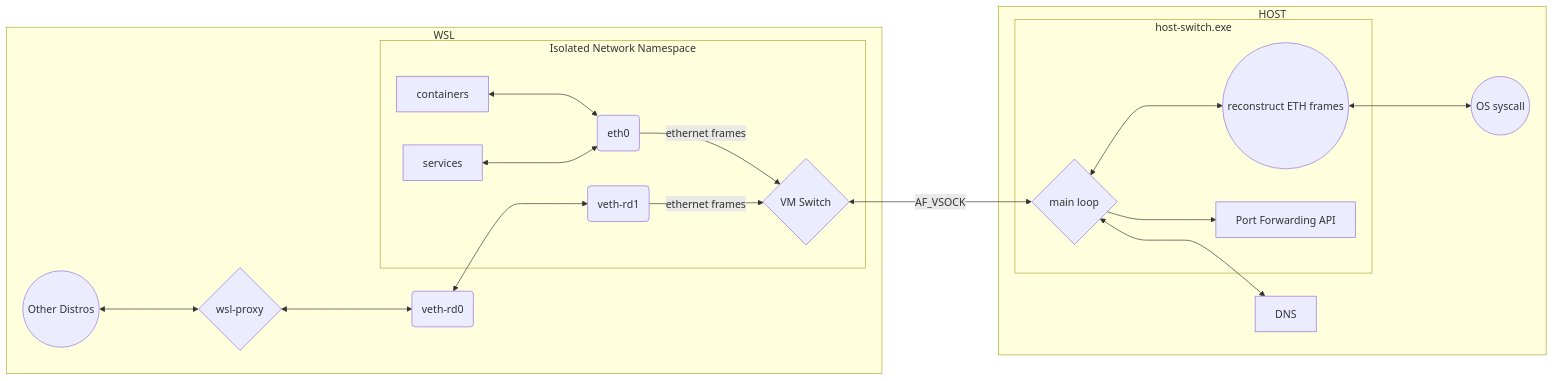
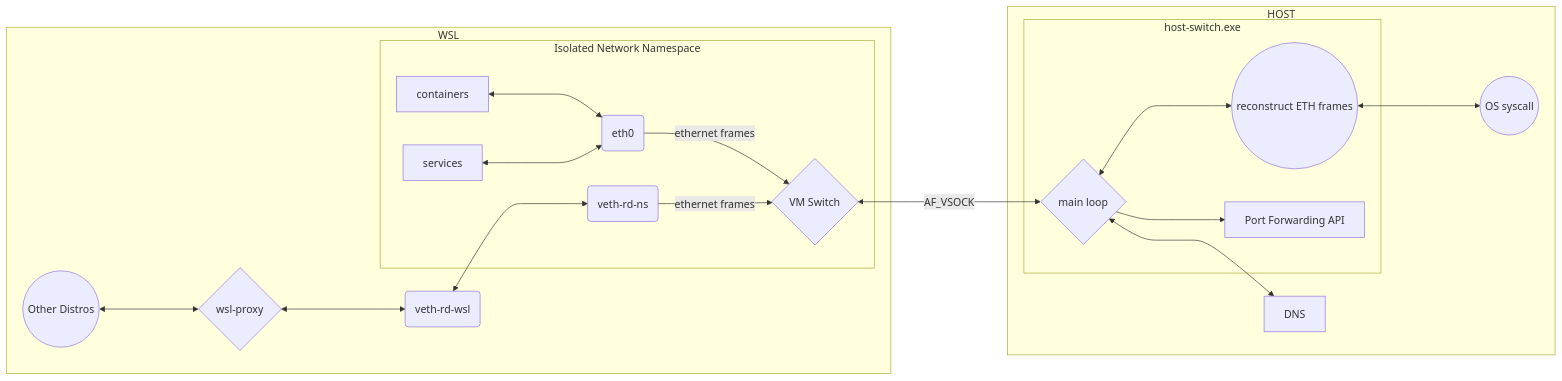
The first of 2 diagrams in docs/networking/windows/rancher-desktop-networking.md (rancher-sandbox/rancher-desktop), drawn with Mermaid before and after one commit. The commit also changed other lines of this file and 1 other file, not shown here.

Commit message:
Changes the documentation to reflect new IPs

````diff
--- a/docs/networking/windows/rancher-desktop-networking.md
+++ b/docs/networking/windows/rancher-desktop-networking.md
@@ -8,37 +8,37 @@
 ```mermaid
 flowchart  LR
 subgraph  hostSwitch["host-switch.exe"]
 vsockHost{"main loop"}
 eth(("reconstruct ETH frames"))
 portForwarding["Port Forwarding API"]
 end
 subgraph  Host["HOST"]
 dns["DNS"]
 syscall(("OS syscall"))
 hostSwitch
 end
 subgraph  netNs["Isolated Network Namespace"]
 vsockVM{"VM Switch"}
 tapDevice("eth0")
-veth-rd1("veth-rd1")
+veth-rd-ns("veth-rd-ns")
 containers["containers"]
 services["services"]
 end
 subgraph  WSL["WSL"]
 netNs
 other-distro(("Other Distros"))
-veth-rd0("veth-rd0")
+veth-rd-wsl("veth-rd-wsl")
 wsl-proxy{"wsl-proxy"}
 end
 vsockHost  <---->  eth  &  dns
 eth  <---->  syscall
 vsockHost  ---->  portForwarding
 tapDevice  -- ethernet frames -->  vsockVM
-veth-rd1  -- ethernet frames -->  vsockVM
-veth-rd0  <---->  veth-rd1
+veth-rd-ns  -- ethernet frames -->  vsockVM
+veth-rd-wsl  <---->  veth-rd-ns
 other-distro  <---->  wsl-proxy
-wsl-proxy  <---->  veth-rd0
+wsl-proxy  <---->  veth-rd-wsl
 containers  <---->  tapDevice
 services  <---->  tapDevice
 vsockVM <-- AF_VSOCK ---> vsockHost
 ```
````
